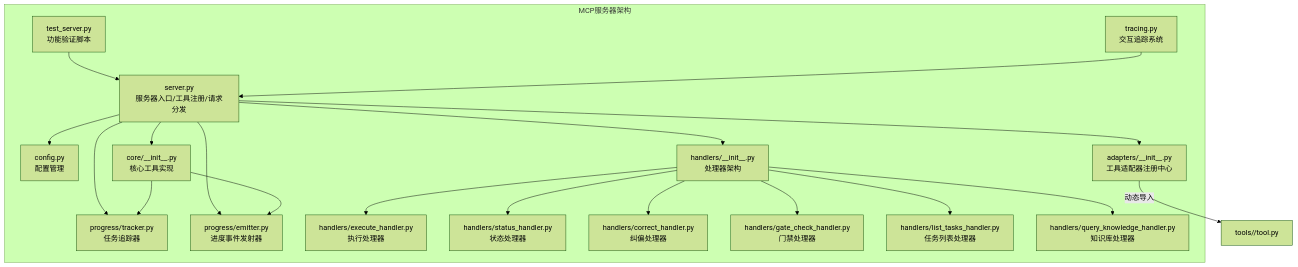
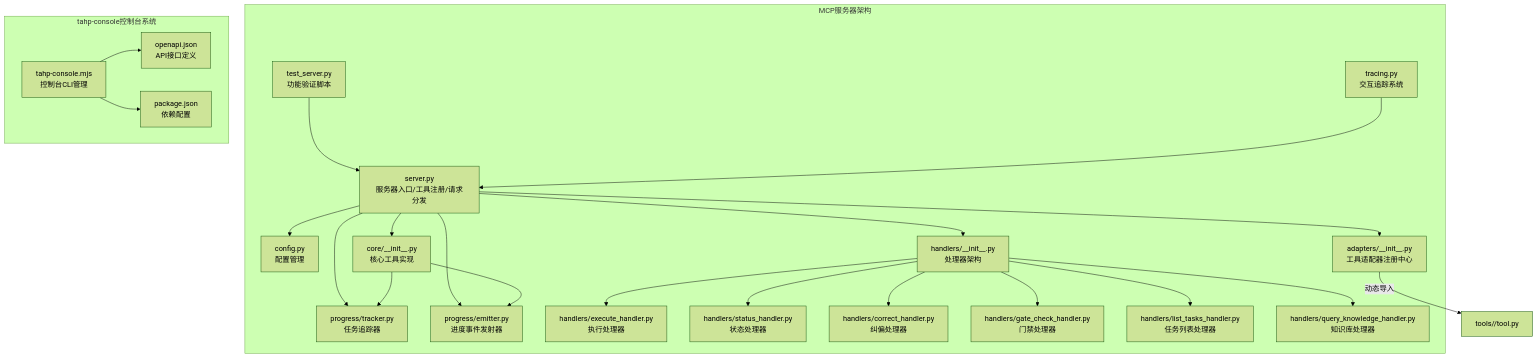
The first of 7 diagrams in .qoder/repowiki/zh/content/MCP服务器系统/MCP服务器系统.md (afcartevil/automated-test-script), drawn with Mermaid (forest theme) before and after one commit. The commit also changed other lines of this file and 650 other files, not shown here.

````diff
--- a/.qoder/repowiki/zh/content/MCP服务器系统/MCP服务器系统.md
+++ b/.qoder/repowiki/zh/content/MCP服务器系统/MCP服务器系统.md
@@ -76,37 +85,44 @@
 ```mermaid
 graph TB
 subgraph "MCP服务器架构"
 S["server.py<br/>服务器入口/工具注册/请求分发"]
 C["config.py<br/>配置管理"]
 CORE["core/__init__.py<br/>核心工具实现"]
 ADP["adapters/__init__.py<br/>工具适配器注册中心"]
 TRK["progress/tracker.py<br/>任务追踪器"]
 EMIT["progress/emitter.py<br/>进度事件发射器"]
 HDLS["handlers/__init__.py<br/>处理器架构"]
 EH["handlers/execute_handler.py<br/>执行处理器"]
 SH["handlers/status_handler.py<br/>状态处理器"]
 CH["handlers/correct_handler.py<br/>纠偏处理器"]
 GCH["handlers/gate_check_handler.py<br/>门禁处理器"]
 LTH["handlers/list_tasks_handler.py<br/>任务列表处理器"]
 QKH["handlers/query_knowledge_handler.py<br/>知识库处理器"]
 TRACE["tracing.py<br/>交互追踪系统"]
 TEST["test_server.py<br/>功能验证脚本"]
 end
+subgraph "tahp-console控制台系统"
+OPENAPI["openapi.json<br/>API接口定义"]
+CLI["tahp-console.mjs<br/>控制台CLI管理"]
+PKG["package.json<br/>依赖配置"]
+end
 S --> CORE
 S --> ADP
 S --> C
 S --> TRK
 S --> EMIT
 S --> HDLS
 HDLS --> EH
 HDLS --> SH
 HDLS --> CH
 HDLS --> GCH
 HDLS --> LTH
 HDLS --> QKH
 CORE --> TRK
 CORE --> EMIT
 ADP --> |"动态导入"| TOOLS["tools/<tool>/tool.py"]
 TEST --> S
 TRACE --> S
+CLI --> OPENAPI
+CLI --> PKG
 ```
````
